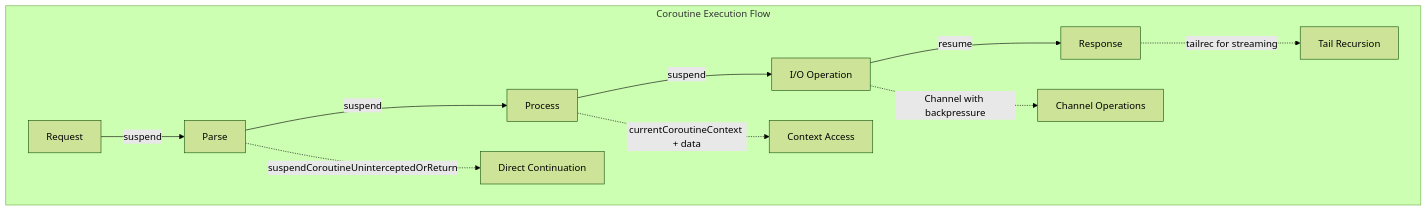
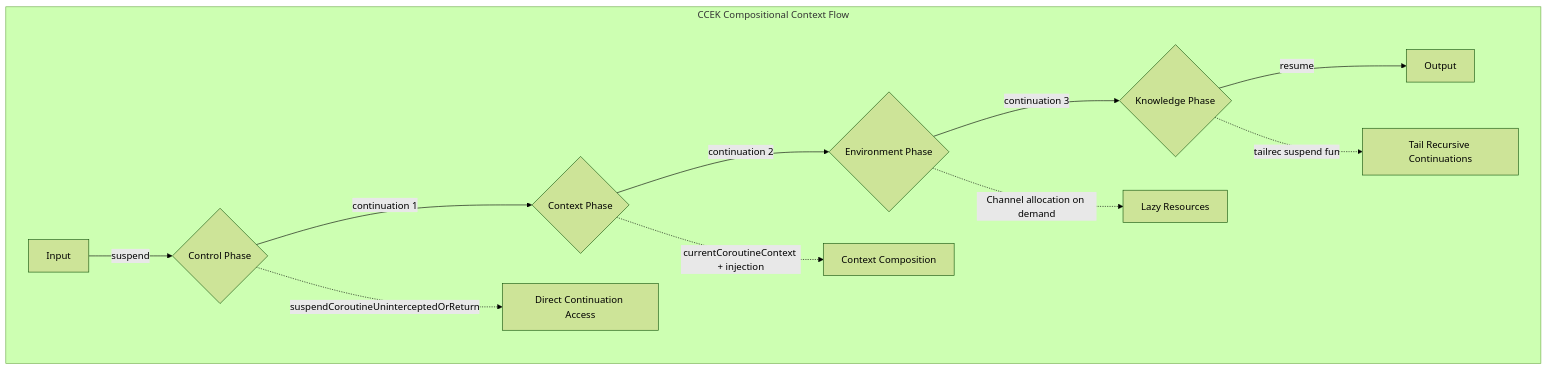
Before and after one commit to jnorthrup/superbikeshed: the first of 8 diagrams in CHANNEL_CCEK_TODO.md, drawn with Mermaid (forest theme). The commit also changed other lines of this file and 4 other files, not shown here.

````diff
--- a/CHANNEL_CCEK_TODO.md
+++ b/CHANNEL_CCEK_TODO.md
@@ -9,14 +9,15 @@
 ```mermaid
 flowchart TD
-    subgraph "Coroutine Execution Flow"
-        A[Request] -->|suspend| B[Parse]
-        B -->|suspend| C[Process]
-        C -->|suspend| D[I/O Operation]
-        D -->|resume| E[Response]
+    subgraph "CCEK Compositional Context Flow" 
+        A[Input] -->|suspend| B{Control Phase}
+        B -->|continuation 1| C{Context Phase}
+        C -->|continuation 2| D{Environment Phase}
+        D -->|continuation 3| E{Knowledge Phase}
+        E -->|resume| F[Output] 
         
-        B -.->|suspendCoroutineUninterceptedOrReturn| G[Direct Continuation]
-        C -.->|currentCoroutineContext + data| H[Context Access]
-        D -.->|Channel with backpressure| I[Channel Operations]
-        E -.->|tailrec for streaming| J[Tail Recursion] 
+        B -.->| suspendCoroutineUninterceptedOrReturn| G[Direct Continuation Access]
+        C -.->|currentCoroutineContext + injection| H[Context Composition]
+        D -.->|Channel allocation on demand| I[Lazy Resources]
+        E -.->|tailrec suspend fun| J[Tail Recursive Continuations] 
     end
 ```
````
